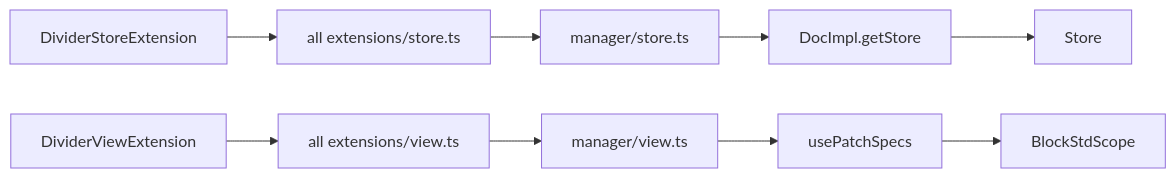
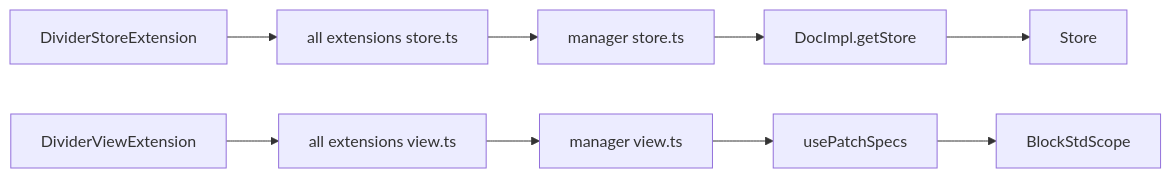
One commit to lfire/AFFiNE changed the second of 2 diagrams in learning-guide/slides/decks/15.md. Above: the diagram before and after it, drawn with Mermaid. The commit also changed other lines of this file and 46 other files, not shown here.

````diff
--- a/learning-guide/slides/decks/15.md
+++ b/learning-guide/slides/decks/15.md
@@ -235,11 +242,11 @@
 ```mermaid
 flowchart LR
-  S1[DividerStoreExtension] --> E2["all extensions/store.ts"]
-  E2 --> M1["manager/store.ts"]
+  S1["DividerStoreExtension"] --> E2["all extensions store.ts"]
+  E2 --> M1["manager store.ts"]
   M1 --> D1["DocImpl.getStore"]
-  D1 --> ST[Store]
-  V1[DividerViewExtension] --> E3["all extensions/view.ts"]
-  E3 --> M2["manager/view.ts"]
-  M2 --> D2[usePatchSpecs]
-  D2 --> STD[BlockStdScope]
+  D1 --> ST["Store"]
+  V1["DividerViewExtension"] --> E3["all extensions view.ts"]
+  E3 --> M2["manager view.ts"]
+  M2 --> D2["usePatchSpecs"]
+  D2 --> STD["BlockStdScope"]
 ```
````
